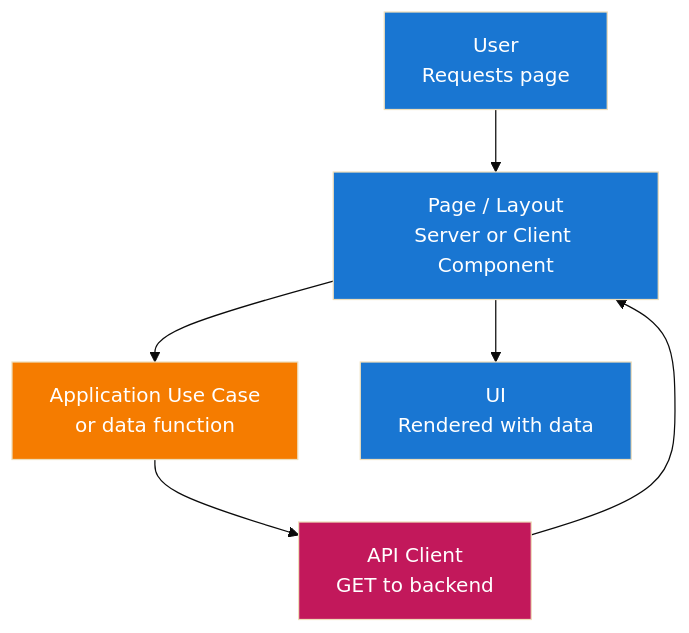
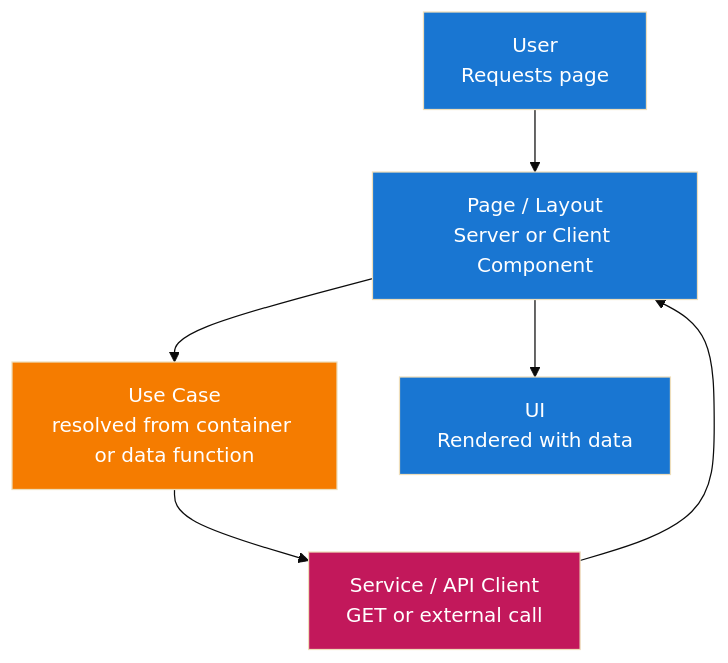
The third of 4 diagrams in docs/architecture-vi.md (thinhtran3588/nextjs-starter-kit), drawn with Mermaid (base theme) before and after one commit. The commit also changed other lines of this file and 19 other files, not shown here.

First line of the commit message:
refactor: flatten common components and align docs with architecture (#17)

````diff
--- a/docs/architecture-vi.md
+++ b/docs/architecture-vi.md
@@ -84,14 +86,14 @@
 ```mermaid
 flowchart TD
     User[User<br/>Requests page] --> Page[Page / Layout<br/>Server or Client Component]
-    Page --> UseCase[Application Use Case<br/>or data function]
-    UseCase --> ApiClient[API Client<br/>GET to backend]
-    ApiClient --> Page
+    Page --> UseCase[Use Case<br/>resolved from container or data function]
+    UseCase --> Service[Service / API Client<br/>GET or external call]
+    Service --> Page
     Page --> UI[UI<br/>Rendered with data]
 
     style User fill:#1976d2,color:#fff
     style Page fill:#1976d2,color:#fff
     style UseCase fill:#f57c00,color:#fff
-    style ApiClient fill:#c2185b,color:#fff
+    style Service fill:#c2185b,color:#fff
     style UI fill:#1976d2,color:#fff
 ```
````
